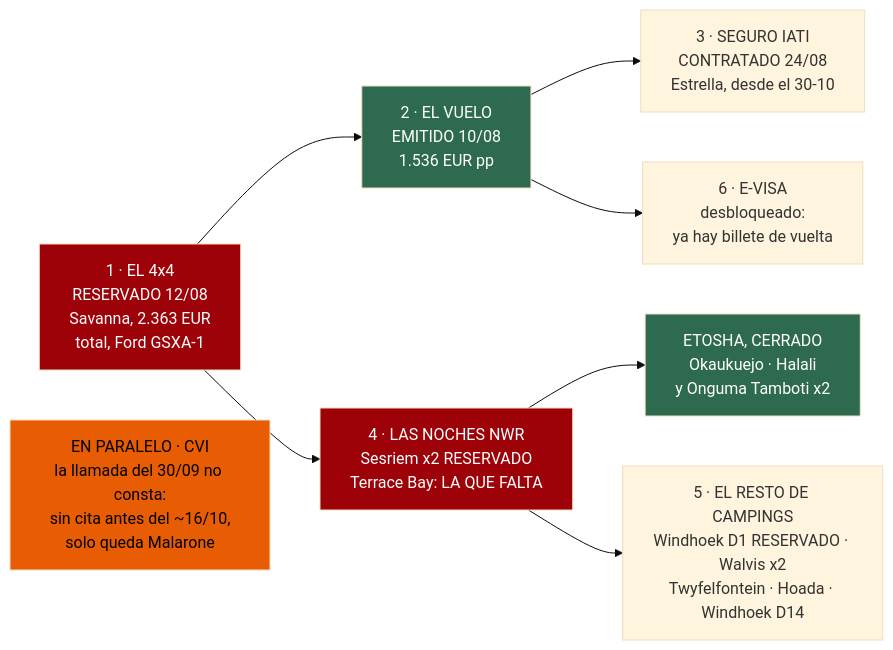
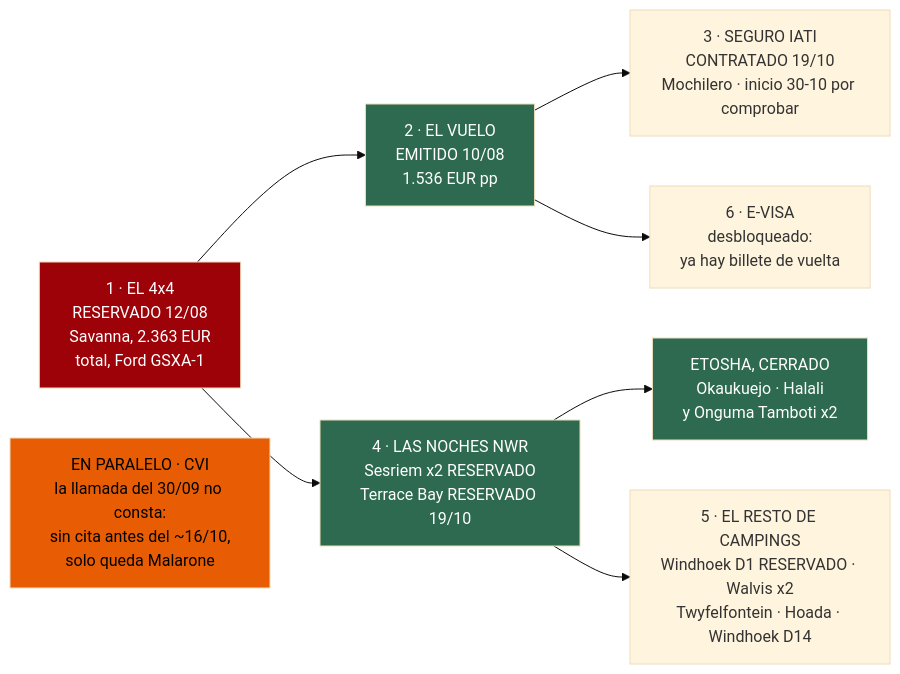
Before and after one commit to morandeirachema/namibia: the diagram in 20-reservas.md, drawn with Mermaid (base theme). The commit also changed other lines of this file and 22 other files, not shown here.

````diff
--- a/20-reservas.md
+++ b/20-reservas.md
@@ -48,16 +49,16 @@
 ```mermaid
 flowchart LR
 %% ancho
     C["1 · EL 4x4<br/>RESERVADO 12/08<br/>Savanna, 2.363 EUR<br/>total, Ford GSXA-1"] --> V["2 · EL VUELO<br/>EMITIDO 10/08<br/>1.536 EUR pp"]
-    V --> S["3 · SEGURO IATI<br/>CONTRATADO 24/08<br/>Estrella, desde el 30-10"]
+    V --> S["3 · SEGURO IATI<br/>CONTRATADO 19/10<br/>Mochilero · inicio 30-10 por comprobar"]
     V --> E["6 · E-VISA<br/>desbloqueado:<br/>ya hay billete de vuelta"]
-    C --> N["4 · LAS NOCHES NWR<br/>Sesriem x2 RESERVADO<br/>Terrace Bay: LA QUE FALTA"]
+    C --> N["4 · LAS NOCHES NWR<br/>Sesriem x2 RESERVADO<br/>Terrace Bay RESERVADO 19/10"]
     N --> Y["ETOSHA, CERRADO<br/>Okaukuejo · Halali<br/>y Onguma Tamboti x2"]
     N --> R["5 · EL RESTO DE CAMPINGS<br/>Windhoek D1 RESERVADO · Walvis x2<br/>Twyfelfontein · Hoada · Windhoek D14"]
     P["EN PARALELO · CVI<br/>la llamada del 30/09 no consta:<br/>sin cita antes del ~16/10,<br/>solo queda Malarone"]
     style C fill:#9d0208,color:#fff
     style V fill:#2d6a4f,color:#fff
-    style N fill:#9d0208,color:#fff
+    style N fill:#2d6a4f,color:#fff
     style Y fill:#2d6a4f,color:#fff
     style P fill:#e85d04,color:#000
 ```
````
